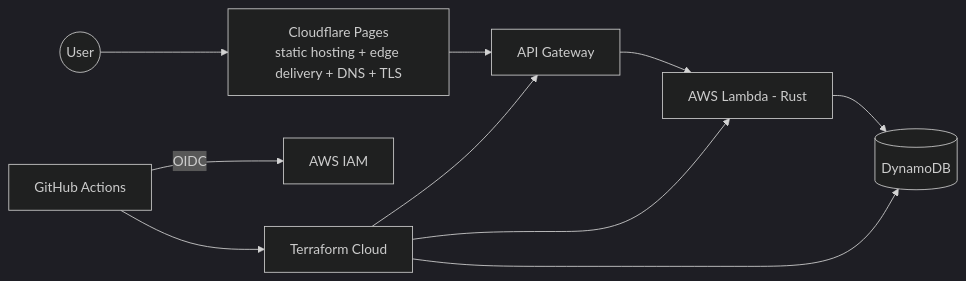
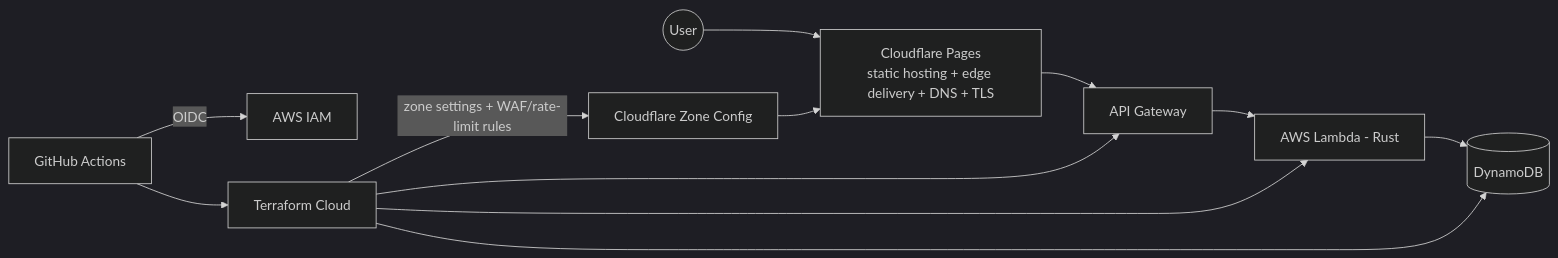
One commit to iain-kirkham/cloud-resume-challenge-rust changed the diagram in README.md. Above: the diagram before and after it, drawn with Mermaid (dark theme). The commit also changed other lines of this file, not shown here.

First line of the commit message:
docs: document Cloudflare zone config module in README

````diff
--- a/README.md
+++ b/README.md
@@ -26,13 +26,15 @@
 ```mermaid
 flowchart LR
     User((User)) --> CFP[Cloudflare Pages<br/>static hosting + edge delivery + DNS + TLS]
     CFP --> APIGW[API Gateway]
     APIGW --> Lambda[AWS Lambda - Rust]
     Lambda --> DDB[(DynamoDB)]
 
     GHA[GitHub Actions] -- OIDC --> IAM[AWS IAM]
     GHA --> TFC[Terraform Cloud]
     TFC --> Lambda
     TFC --> APIGW
     TFC --> DDB
+    TFC -- zone settings + WAF/rate-limit rules --> CFZone[Cloudflare Zone Config]
+    CFZone --> CFP
 ```
````
